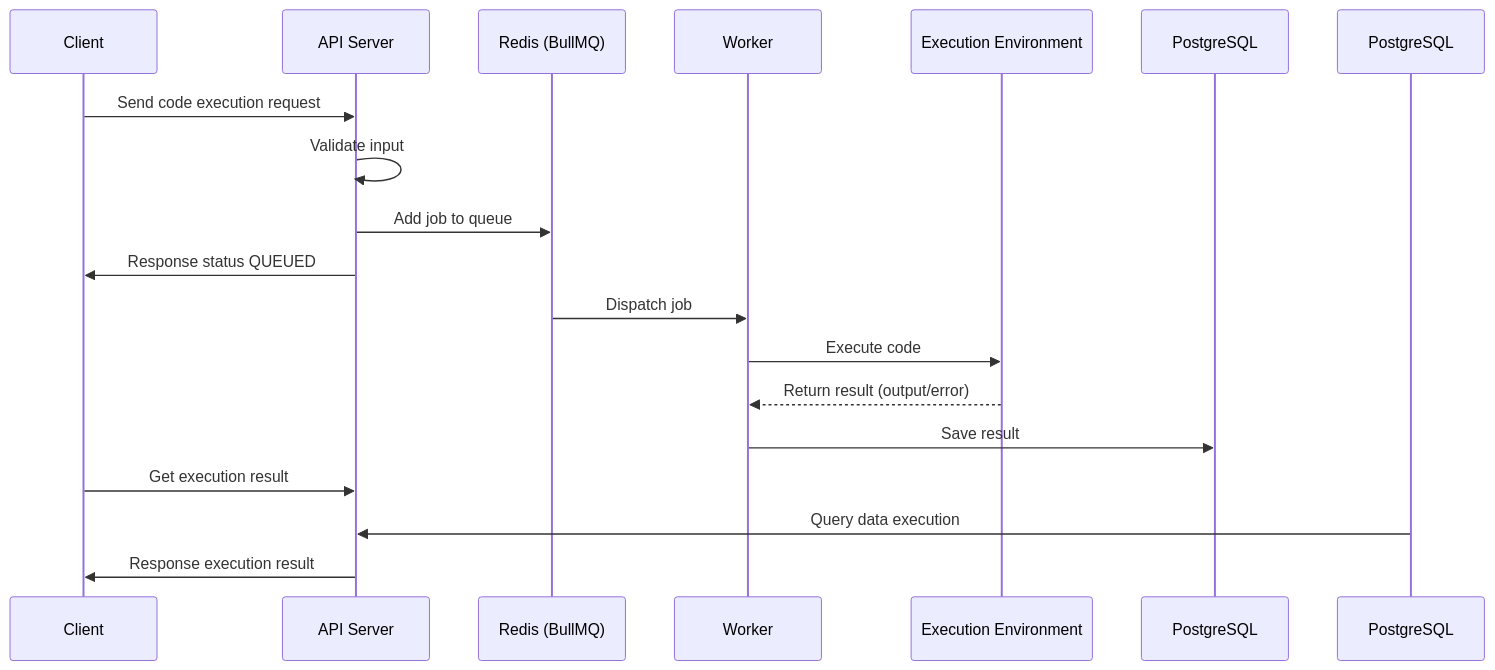
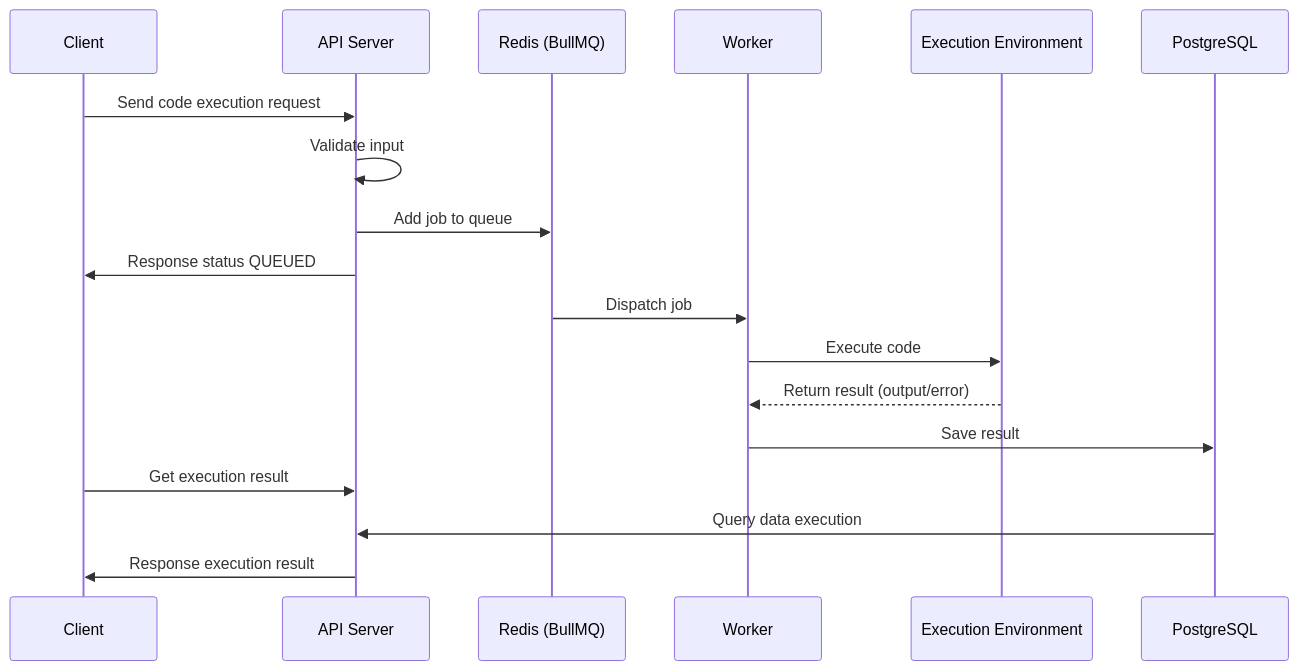
Before and after one commit to thlam05/Live-Coding-Execution: the second of 2 diagrams in README.md, drawn with Mermaid.

Commit message:
Update README to generalize database reference

````diff
--- a/README.md
+++ b/README.md
@@ -121,24 +121,24 @@
 ``` mermaid
 sequenceDiagram
     participant Client
     participant API as API Server
     participant Queue as Redis (BullMQ)
     participant Worker
     participant Exec as Execution Environment
     participant DB as PostgreSQL
 
     Client->>API: Send code execution request
     API->>API: Validate input
     API->>Queue: Add job to queue
     API->>Client: Response status QUEUED
 
     Queue->>Worker: Dispatch job
     Worker->>Exec: Execute code
 
     Exec-->>Worker: Return result (output/error)
     Worker->>DB: Save result
 
     Client->>API: Get execution result
-    PostgreSQL->>API: Query data execution
+    DB->>API: Query data execution
     API->>Client: Response execution result
 ```
````
